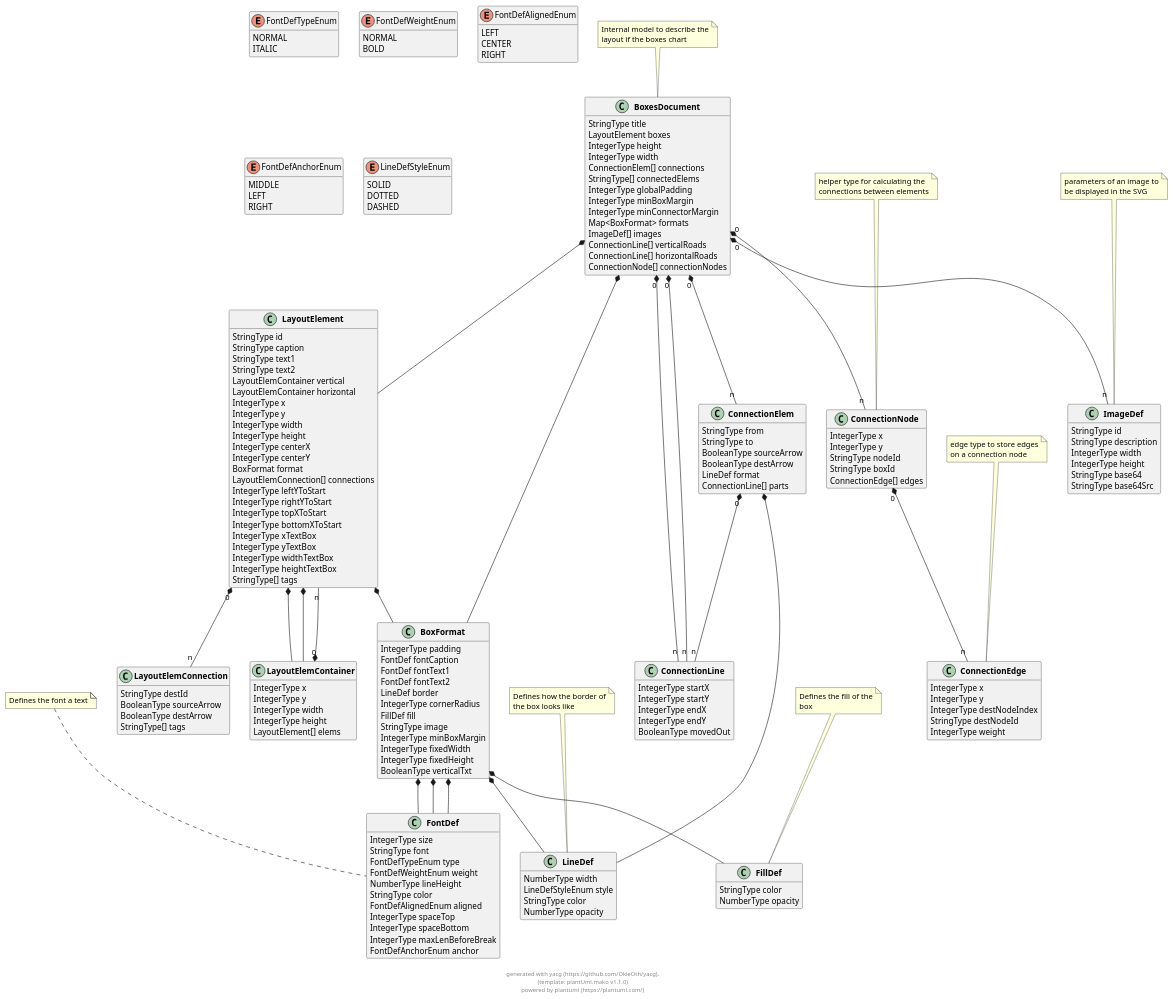
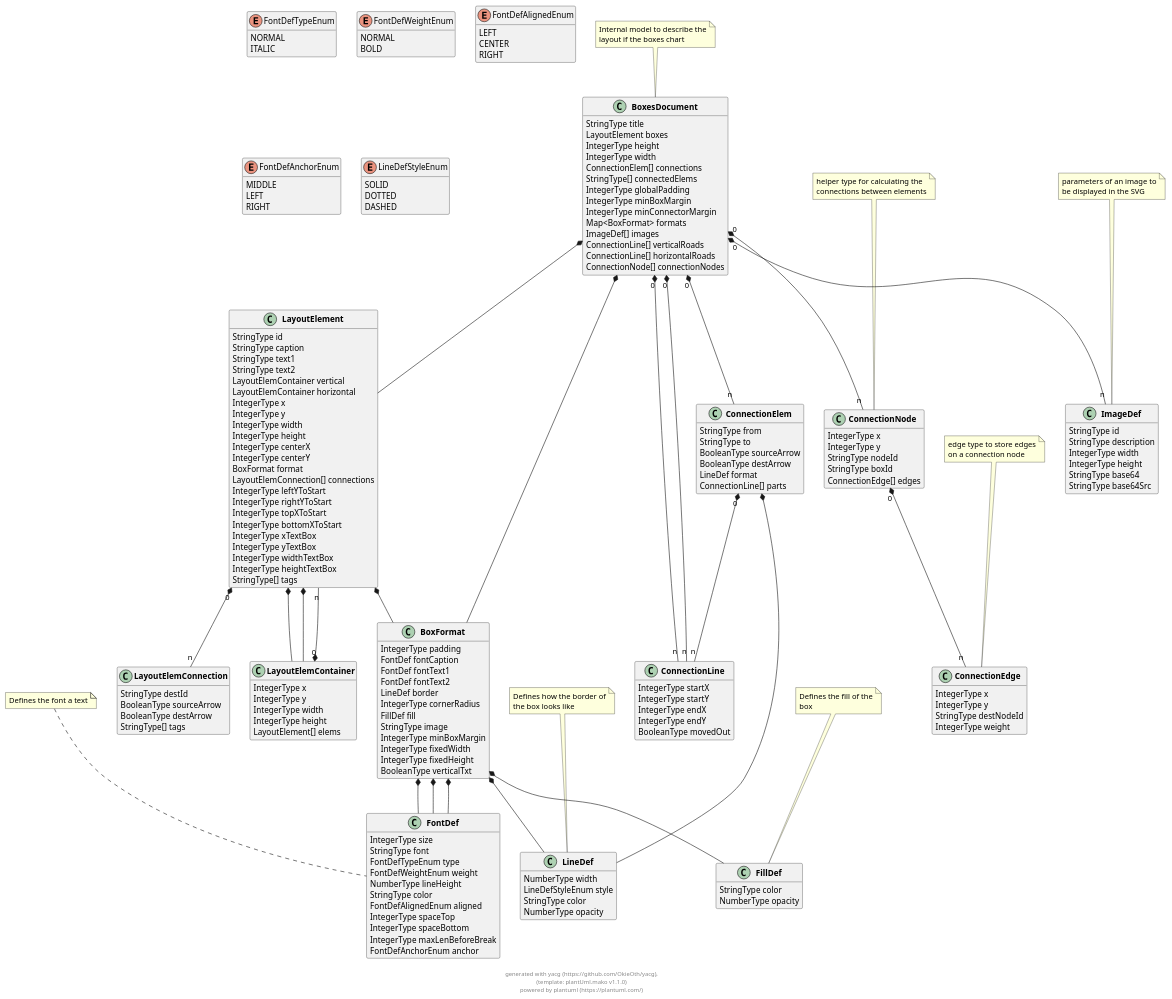
The diagram in docs/models/puml/boxes_document.puml (OkieOth/draw.chart.things), drawn with PlantUML before and after one commit. The commit also changed 7 other files, not shown here.

```diff
--- a/docs/models/puml/boxes_document.puml
+++ b/docs/models/puml/boxes_document.puml
@@ -124,7 +124,6 @@
 class "**ConnectionEdge**" as ConnectionEdge {
         IntegerType x
         IntegerType y
-        IntegerType destNodeIndex
         StringType destNodeId
         IntegerType weight
 }
@@ -316,7 +315,6 @@
 
 
 
-
     
 
 
```
